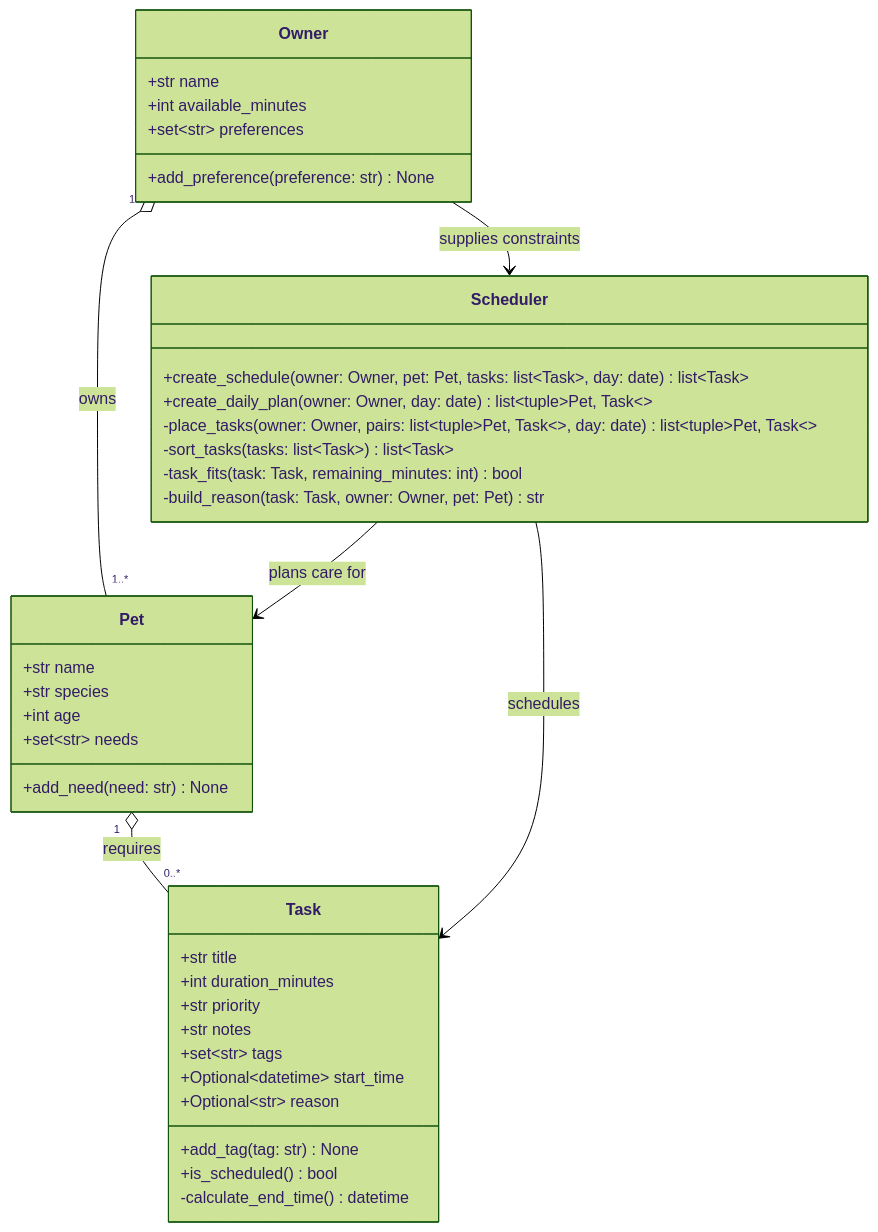
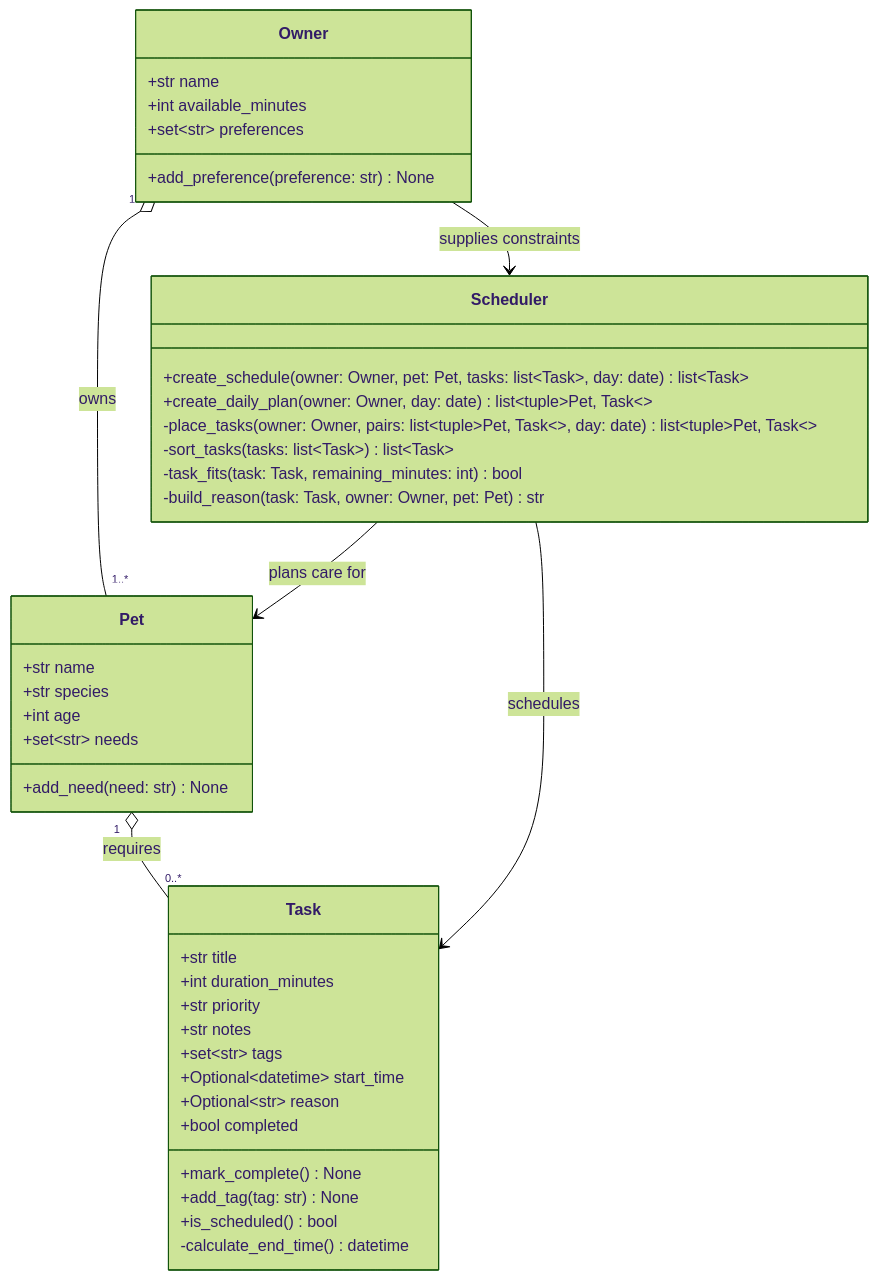
One commit to johnj-0316/ai110-module2show-pawpal-starter changed the diagram in diagrams/uml.mmd. Above: the diagram before and after it, drawn with Mermaid (forest theme). The commit also changed 6 other files, not shown here.

```diff
--- a/diagrams/uml.mmd
+++ b/diagrams/uml.mmd
@@ -1,43 +1,45 @@
 classDiagram
     class Owner {
         +str name
         +int available_minutes
         +set~str~ preferences
         +add_preference(preference: str) None
     }
 
     class Pet {
         +str name
         +str species
         +int age
         +set~str~ needs
         +add_need(need: str) None
     }
 
     class Task {
         +str title
         +int duration_minutes
         +str priority
         +str notes
         +set~str~ tags
         +Optional~datetime~ start_time
         +Optional~str~ reason
+        +bool completed
+        +mark_complete() None
         +add_tag(tag: str) None
         +is_scheduled() bool
         -calculate_end_time() datetime
     }
 
     class Scheduler {
         +create_schedule(owner: Owner, pet: Pet, tasks: list~Task~, day: date) list~Task~
         +create_daily_plan(owner: Owner, day: date) list~tuple~Pet, Task~~
         -place_tasks(owner: Owner, pairs: list~tuple~Pet, Task~~, day: date) list~tuple~Pet, Task~~
         -sort_tasks(tasks: list~Task~) list~Task~
         -task_fits(task: Task, remaining_minutes: int) bool
         -build_reason(task: Task, owner: Owner, pet: Pet) str
     }
 
     Owner "1" o-- "1..*" Pet : owns
     Pet "1" o-- "0..*" Task : requires
     Owner --> Scheduler : supplies constraints
     Scheduler --> Pet : plans care for
     Scheduler --> Task : schedules
```
